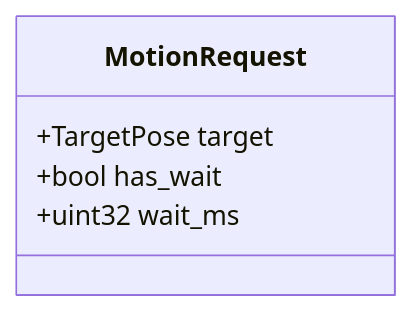
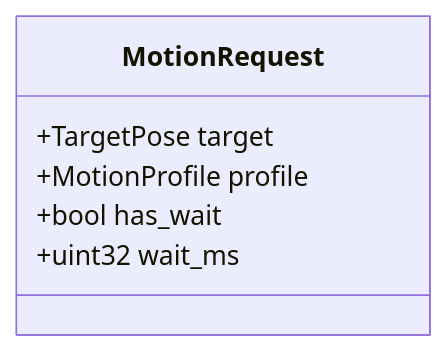
Before and after one commit to butz1999/inverse_kinematik: the fourth of 13 diagrams in sw/software.md, drawn with Mermaid. The commit also changed other lines of this file and 4 other files, not shown here.

````diff
--- a/sw/software.md
+++ b/sw/software.md
@@ -276,8 +309,9 @@
 ```mermaid
 classDiagram
     class MotionRequest {
         +TargetPose target
+        +MotionProfile profile
         +bool has_wait
         +uint32 wait_ms
     }
 ```
````
